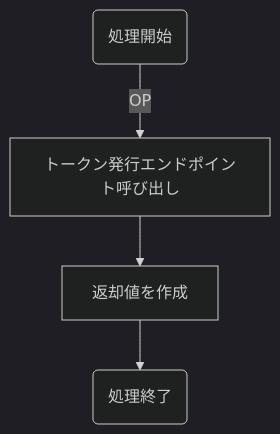
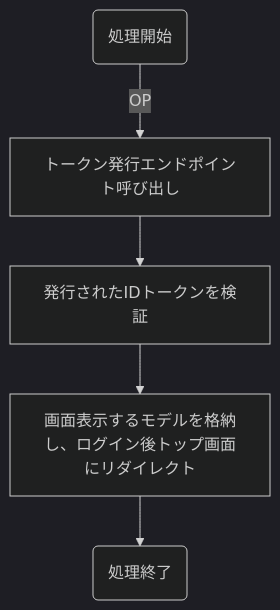
Before and after one commit to nob-islan/nob-openid-connect: the diagram in docs/business-flow/rp/Token-fetch.md, drawn with Mermaid. The commit also changed 6 other files, not shown here.

````diff
--- a/docs/business-flow/rp/Token-fetch.md
+++ b/docs/business-flow/rp/Token-fetch.md
@@ -3,7 +3,8 @@
 ```mermaid
 %%{init:{'theme':'dark'}}%%
 graph TD;
     A(処理開始) --> |OP| B[トークン発行エンドポイント呼び出し]
-    B --> C[返却値を作成]
-    C --> D(処理終了)
+    B --> C[発行されたIDトークンを検証]
+    C --> D[画面表示するモデルを格納し、ログイン後トップ画面にリダイレクト]
+    D --> E(処理終了)
 ```
````
